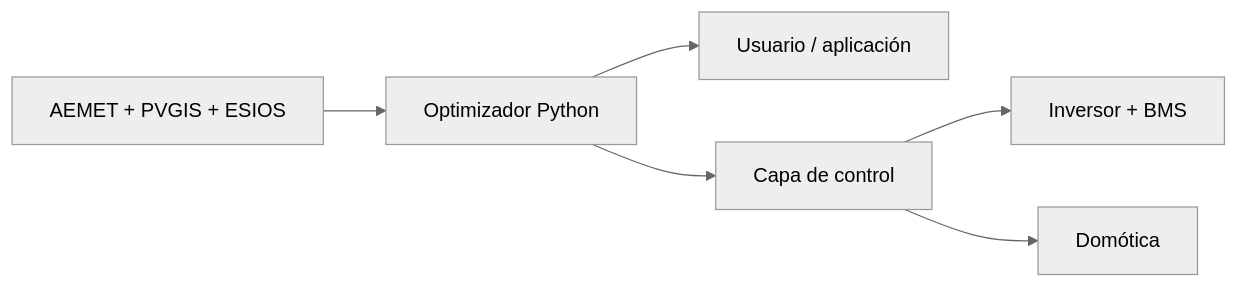
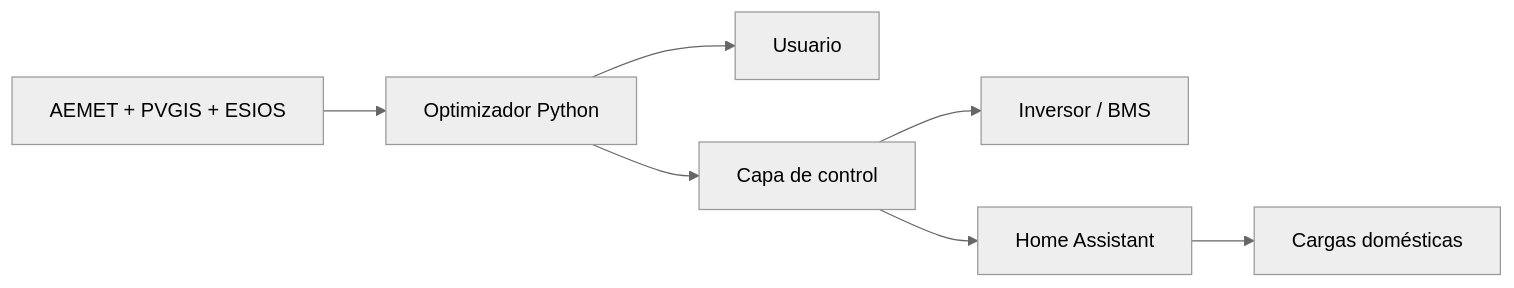
Before and after one commit to maxwellfree/API-KEY-plus-OPEN-DATA-from-AEMET-in-Solar-systems-management-ARDUINO-: the second of 4 diagrams in README.md, drawn with Mermaid (neutral theme). The commit also changed other lines of this file, not shown here.

````diff
--- a/README.md
+++ b/README.md
@@ -656,8 +361,9 @@
 ```mermaid
 flowchart LR
     F[AEMET + PVGIS + ESIOS] --> O[Optimizador Python]
-    O --> U[Usuario / aplicación]
+    O --> U[Usuario]
     O --> C[Capa de control]
-    C --> I[Inversor + BMS]
-    C --> H[Domótica]
+    C --> I[Inversor / BMS]
+    C --> HA[Home Assistant]
+    HA --> L[Cargas domésticas]
 ```
````
